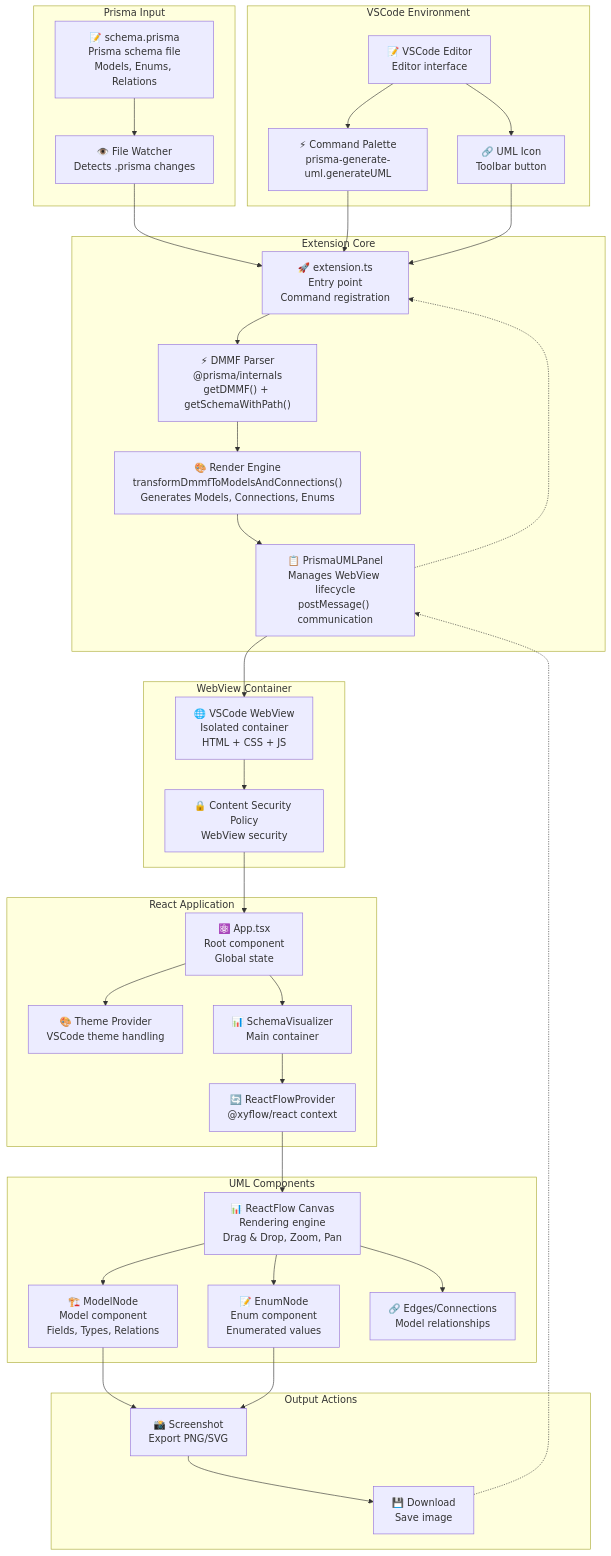
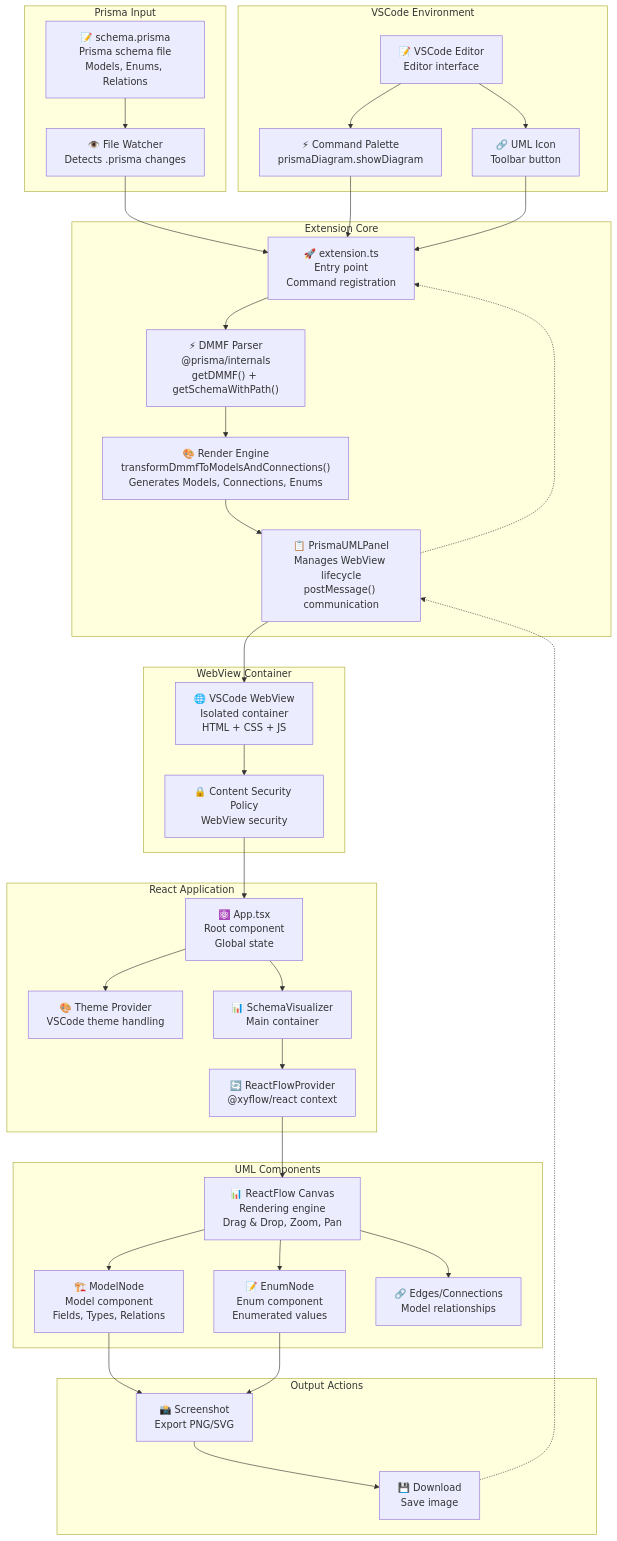
One commit to ardy-x/prisma-diagram changed the diagram in README.md. Above: the diagram before and after it, drawn with Mermaid. The commit also changed other lines of this file and 26 other files, not shown here.

Commit message:
refactor: rename extension to prisma-diagram and fix security vulnerabilities

````diff
--- a/README.md
+++ b/README.md
@@ -23,75 +23,75 @@
 ```mermaid
 graph TB
     subgraph "Prisma Input"
         SCHEMA["📝 schema.prisma<br/>Prisma schema file<br/>Models, Enums, Relations"]
         FILE_WATCHER["👁️ File Watcher<br/>Detects .prisma changes"]
     end
     
     subgraph "VSCode Environment"
         EDITOR["📝 VSCode Editor<br/>Editor interface"]
-        CMD["⚡ Command Palette<br/>prisma-generate-uml.generateUML"]
+        CMD["⚡ Command Palette<br/>prismaDiagram.showDiagram"]
         ICON["🔗 UML Icon<br/>Toolbar button"]
     end
     
     subgraph "Extension Core"
         EXT_ENTRY["🚀 extension.ts<br/>Entry point<br/>Command registration"]
         PARSER["⚡ DMMF Parser<br/>@prisma/internals<br/>getDMMF() + getSchemaWithPath()"]
         RENDER["🎨 Render Engine<br/>transformDmmfToModelsAndConnections()<br/>Generates Models, Connections, Enums"]
         PANEL_MGR["📋 PrismaUMLPanel<br/>Manages WebView lifecycle<br/>postMessage() communication"]
     end
     
     subgraph "WebView Container"
         WEBVIEW["🌐 VSCode WebView<br/>Isolated container<br/>HTML + CSS + JS"]
         CSP["🔒 Content Security Policy<br/>WebView security"]
     end
     
     subgraph "React Application"
         APP["⚛️ App.tsx<br/>Root component<br/>Global state"]
         THEME["🎨 Theme Provider<br/>VSCode theme handling"]
         VISUALIZER["📊 SchemaVisualizer<br/>Main container"]
         FLOW_PROVIDER["🔄 ReactFlowProvider<br/>@xyflow/react context"]
     end
     
     subgraph "UML Components"
         FLOW["📊 ReactFlow Canvas<br/>Rendering engine<br/>Drag & Drop, Zoom, Pan"]
         MODEL_NODE["🏗️ ModelNode<br/>Model component<br/>Fields, Types, Relations"]
         ENUM_NODE["📝 EnumNode<br/>Enum component<br/>Enumerated values"]
         CONNECTIONS["🔗 Edges/Connections<br/>Model relationships"]
     end
     
     subgraph "Output Actions"
         SCREENSHOT["📸 Screenshot<br/>Export PNG/SVG"]
         DOWNLOAD["💾 Download<br/>Save image"]
     end
     
     SCHEMA --> FILE_WATCHER
     FILE_WATCHER --> EXT_ENTRY
     EDITOR --> CMD
     EDITOR --> ICON
     CMD --> EXT_ENTRY
     ICON --> EXT_ENTRY
     
     EXT_ENTRY --> PARSER
     PARSER --> RENDER
     RENDER --> PANEL_MGR
     
     PANEL_MGR --> WEBVIEW
     WEBVIEW --> CSP
     CSP --> APP
     
     APP --> THEME
     APP --> VISUALIZER
     VISUALIZER --> FLOW_PROVIDER
     FLOW_PROVIDER --> FLOW
     
     FLOW --> MODEL_NODE
     FLOW --> ENUM_NODE
     FLOW --> CONNECTIONS
     
     MODEL_NODE --> SCREENSHOT
     ENUM_NODE --> SCREENSHOT
     SCREENSHOT --> DOWNLOAD
     
     DOWNLOAD -.-> PANEL_MGR
     PANEL_MGR -.-> EXT_ENTRY
 ```
````
